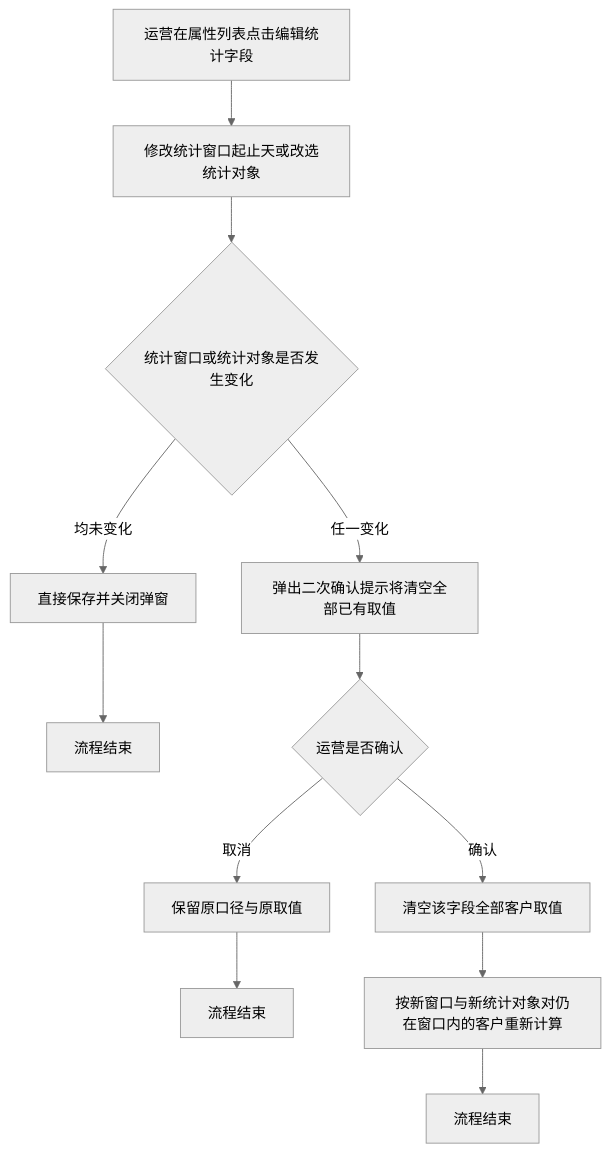
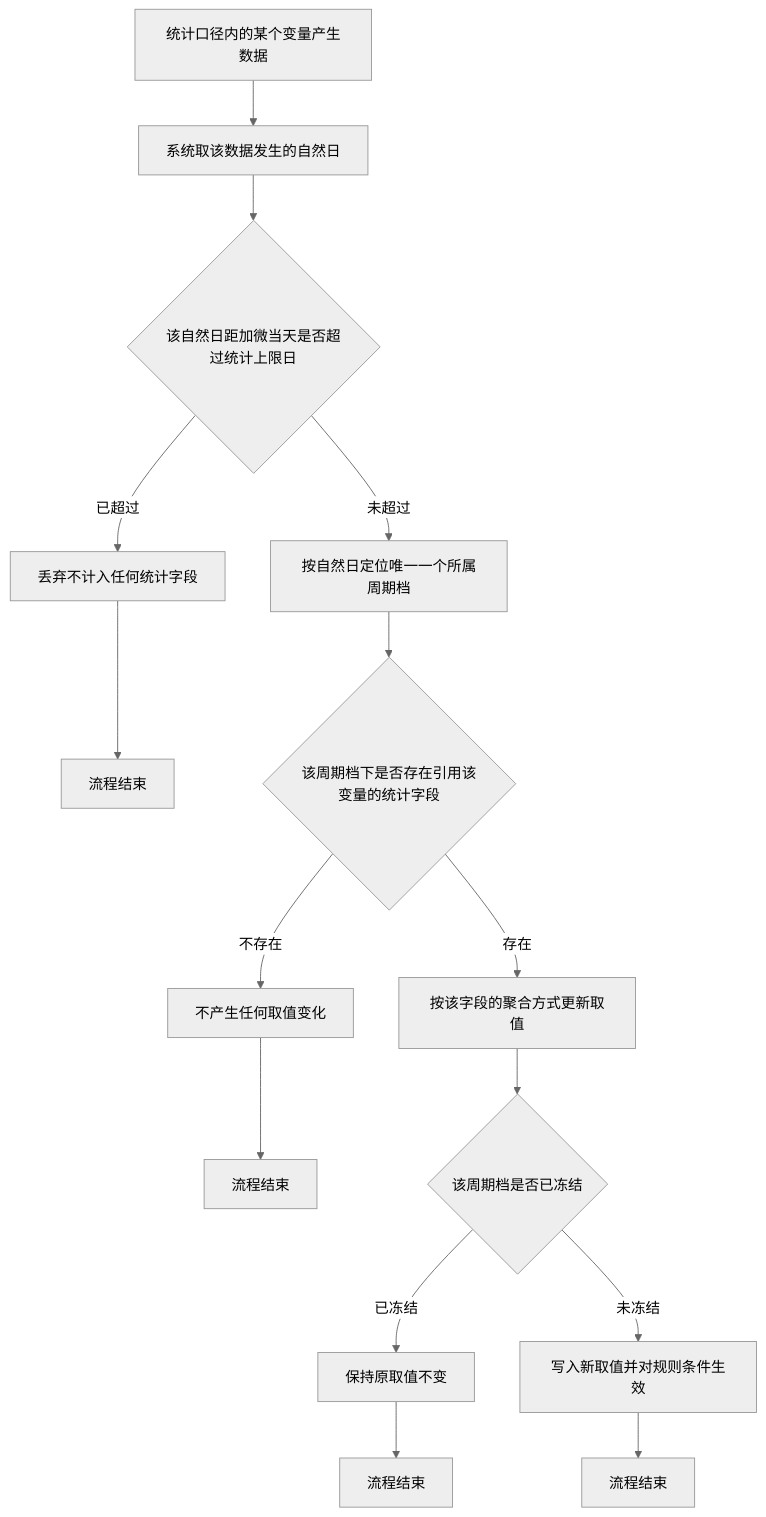
Before and after one commit to Leo-ai05/prototypes: the second of 2 diagrams in 自定义统计周期学习时长字段/PRD-自定义统计周期学习时长字段.md, drawn with Mermaid (neutral theme). The commit also changed other lines of this file and 31 other files, not shown here.

````diff
--- a/自定义统计周期学习时长字段/PRD-自定义统计周期学习时长字段.md
+++ b/自定义统计周期学习时长字段/PRD-自定义统计周期学习时长字段.md
@@ -70,14 +72,17 @@
 ```mermaid
 flowchart TD
-    O[运营在属性列表点击编辑统计字段] --> P[修改统计窗口起止天或改选统计对象]
-    P --> Q{统计窗口或统计对象是否发生变化}
-    Q -->|均未变化| R[直接保存并关闭弹窗]
-    R --> S1[流程结束]
-    Q -->|任一变化| T[弹出二次确认提示将清空全部已有取值]
-    T --> U{运营是否确认}
-    U -->|取消| V[保留原口径与原取值]
-    V --> S2[流程结束]
-    U -->|确认| W[清空该字段全部客户取值]
-    W --> X[按新窗口与新统计对象对仍在窗口内的客户重新计算]
-    X --> S3[流程结束]
+    P[统计口径内的某个变量产生数据] --> Q[系统取该数据发生的自然日]
+    Q --> R{该自然日距加微当天是否超过统计上限日}
+    R -->|已超过| S[丢弃不计入任何统计字段]
+    S --> T1[流程结束]
+    R -->|未超过| U[按自然日定位唯一一个所属周期档]
+    U --> V{该周期档下是否存在引用该变量的统计字段}
+    V -->|不存在| W[不产生任何取值变化]
+    W --> T2[流程结束]
+    V -->|存在| X[按该字段的聚合方式更新取值]
+    X --> Y{该周期档是否已冻结}
+    Y -->|已冻结| Z[保持原取值不变]
+    Z --> T3[流程结束]
+    Y -->|未冻结| AA[写入新取值并对规则条件生效]
+    AA --> T4[流程结束]
 ```
````
